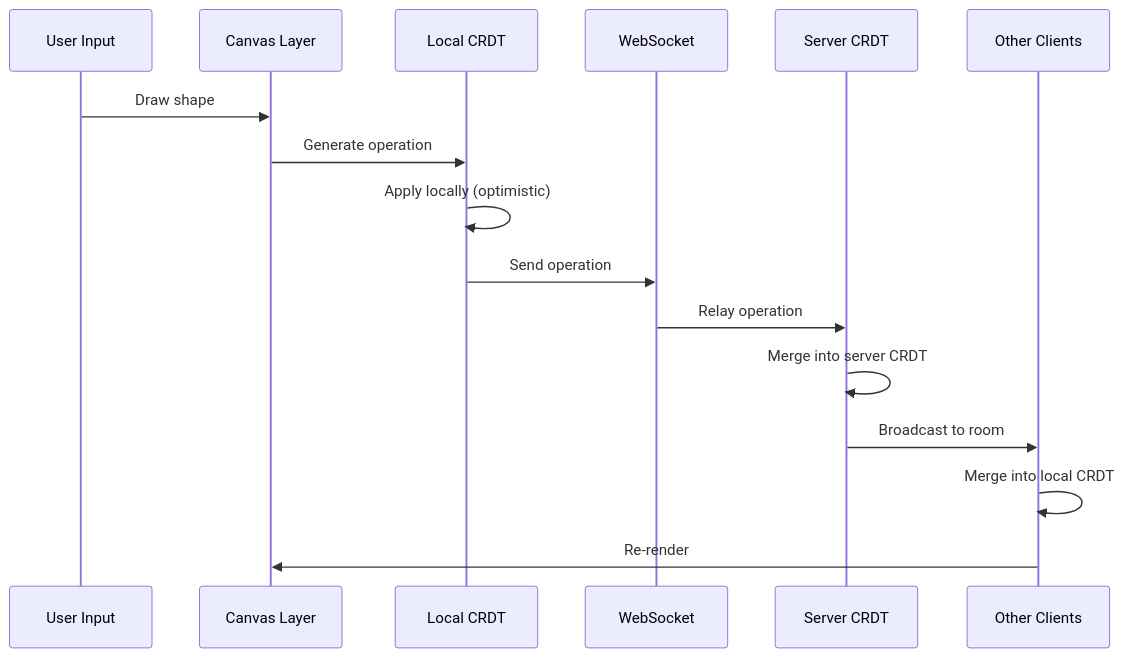
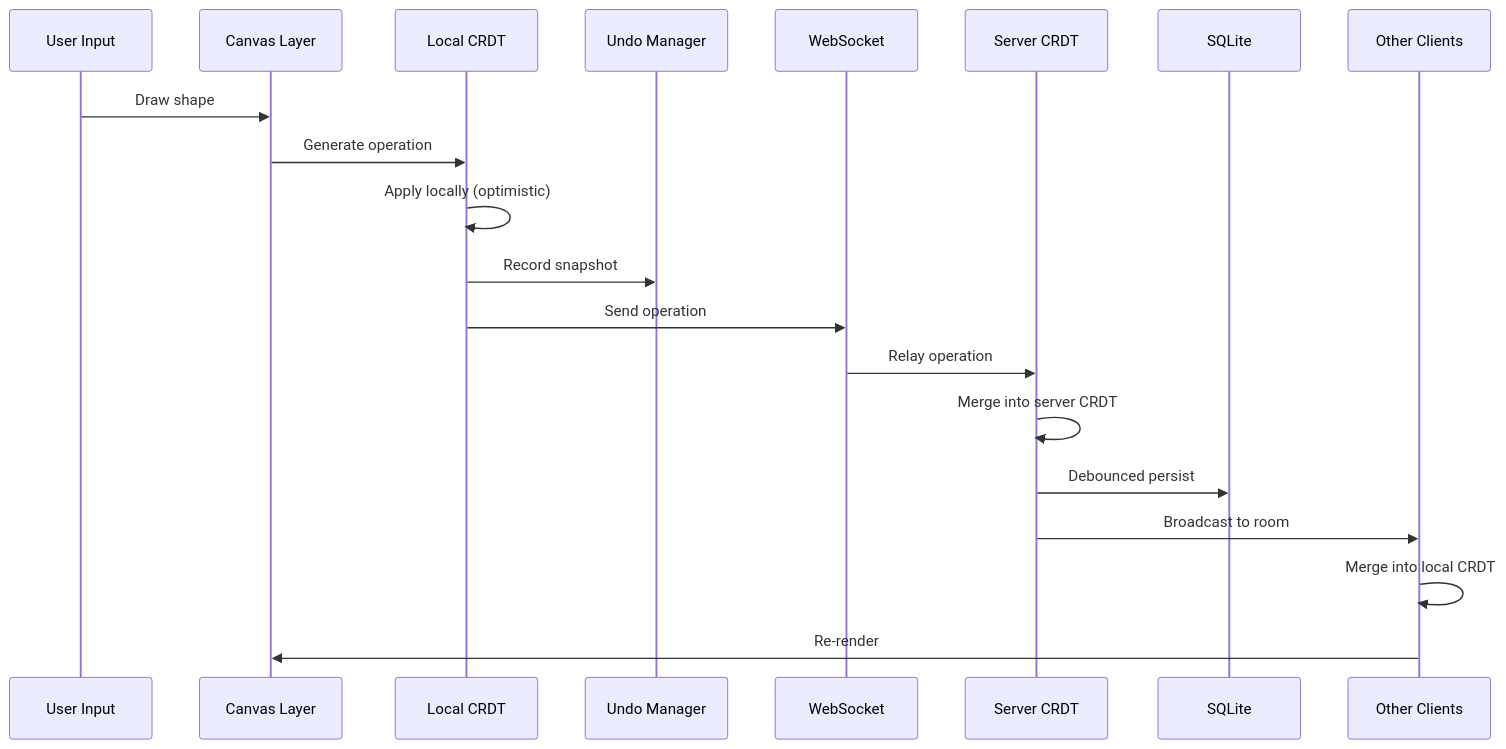
Before and after one commit to Preeti0705/Collab-Whiteboard: the second of 3 diagrams in ARCHITECTURE.md, drawn with Mermaid. The commit also changed other lines of this file and 9 other files, not shown here.

````diff
--- a/ARCHITECTURE.md
+++ b/ARCHITECTURE.md
@@ -30,19 +33,23 @@
 ```mermaid
 sequenceDiagram
     participant User as User Input
     participant Canvas as Canvas Layer
     participant CRDT as Local CRDT
+    participant Undo as Undo Manager
     participant WS as WebSocket
     participant Server as Server CRDT
+    participant DB as SQLite
     participant Peers as Other Clients
 
     User->>Canvas: Draw shape
     Canvas->>CRDT: Generate operation
     CRDT->>CRDT: Apply locally (optimistic)
+    CRDT->>Undo: Record snapshot
     CRDT->>WS: Send operation
     WS->>Server: Relay operation
     Server->>Server: Merge into server CRDT
+    Server->>DB: Debounced persist
     Server->>Peers: Broadcast to room
     Peers->>Peers: Merge into local CRDT
     Peers->>Canvas: Re-render
 ```
````
